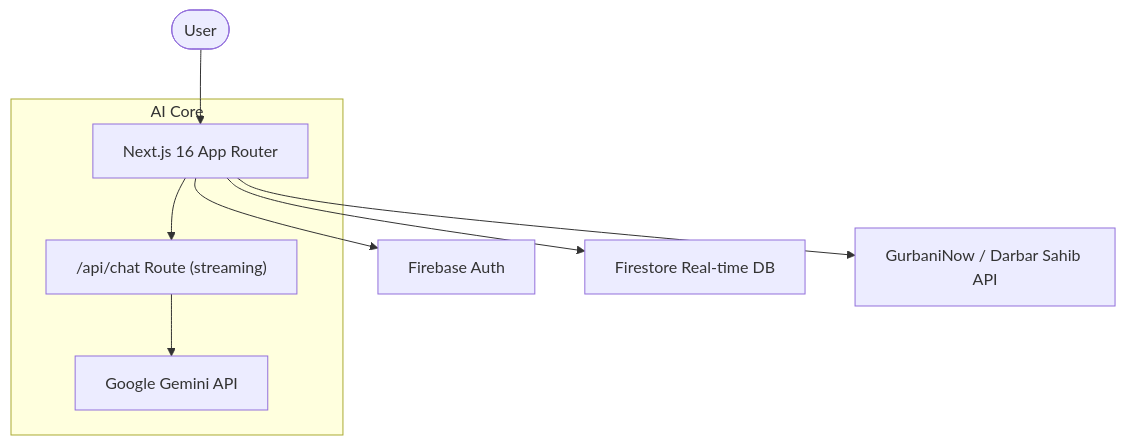
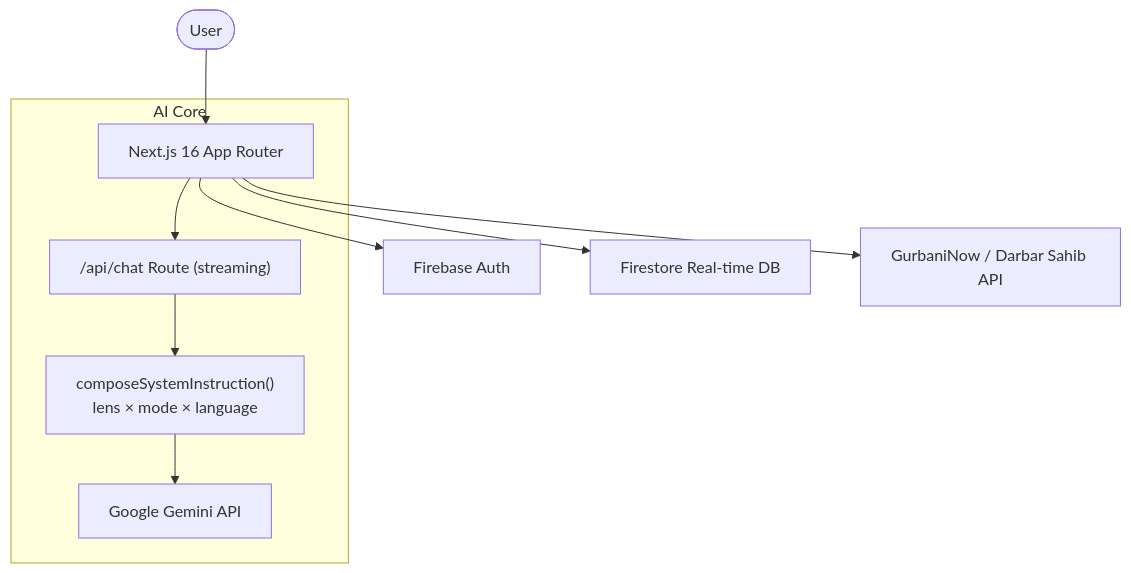
Before and after one commit to rohan1234usa/sikh-ai: the diagram in README.md, drawn with Mermaid. The commit also changed other lines of this file and 16 other files, not shown here.

````diff
--- a/README.md
+++ b/README.md
@@ -30,12 +33,13 @@
 ```mermaid
 graph TD
     User([User]) --> Next[Next.js 16 App Router]
     Next --> Auth[Firebase Auth]
     Next --> DB[Firestore Real-time DB]
     Next --> Hukam[GurbaniNow / Darbar Sahib API]
 
     subgraph "AI Core"
     Next --> Route["/api/chat Route (streaming)"]
-    Route --> Gemini[Google Gemini API]
+    Route --> Compose["composeSystemInstruction()<br/>lens × mode × language"]
+    Compose --> Gemini[Google Gemini API]
     end
 ```
````
